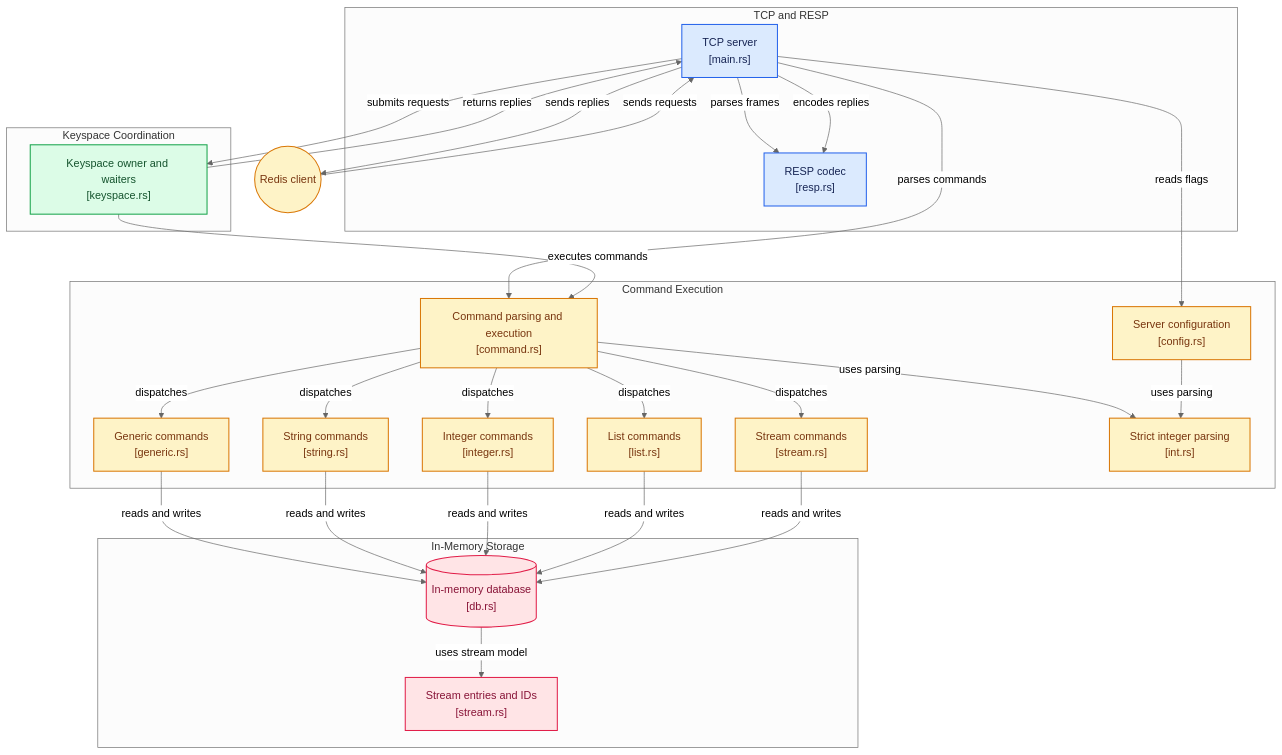
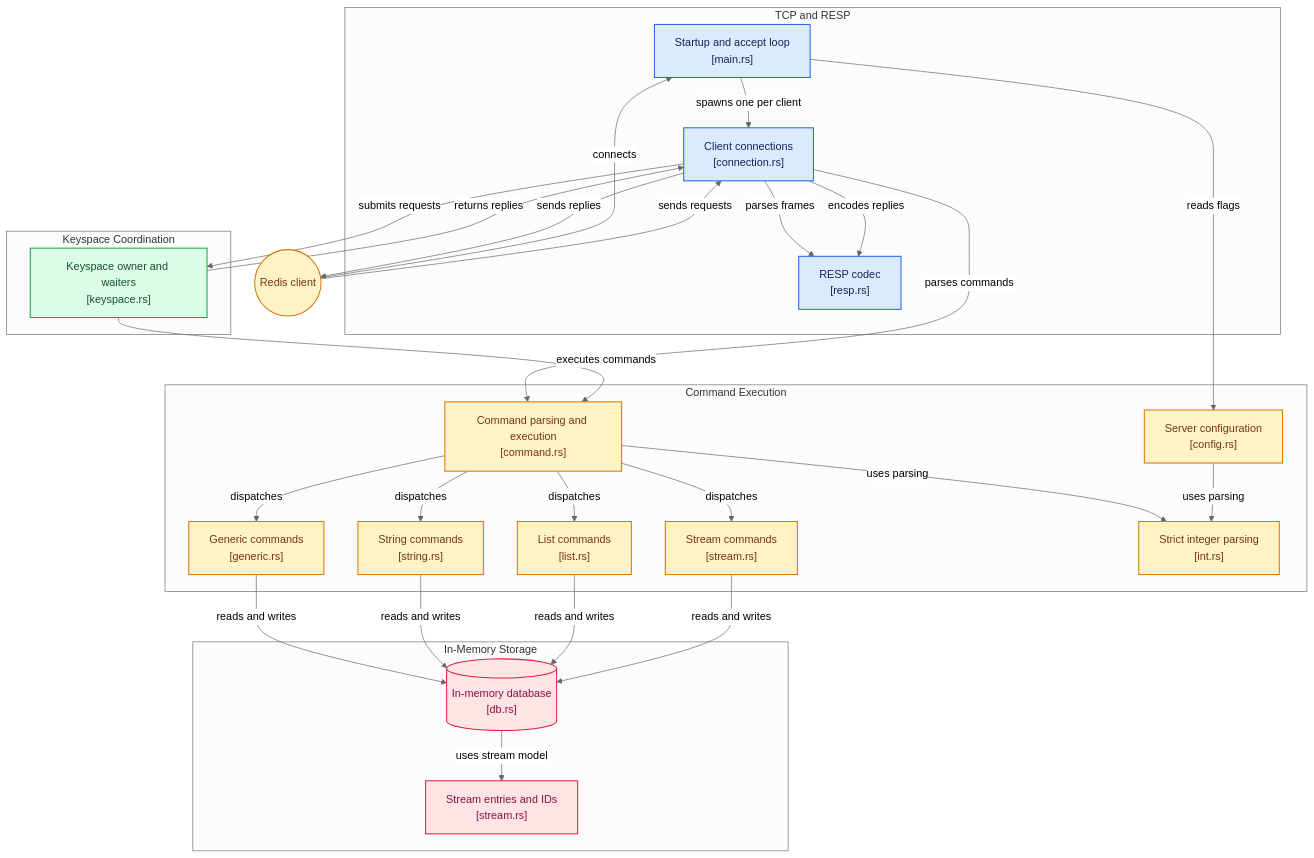
Before and after one commit to sdevanathan96/rusty-redis: the diagram in README.md, drawn with Mermaid (neutral theme). The commit also changed other lines of this file and 18 other files, not shown here.

Commit message:
Split main, db and command into modules; rename errors

````diff
--- a/README.md
+++ b/README.md
@@ -144,80 +144,80 @@
 ```mermaid
 %% Generated by https://gitdiagram.com/sdevanathan96/rusty-redis
 flowchart TD
 
 subgraph group_transport["TCP and RESP"]
-  node_server["TCP server<br/>[main.rs]"]
+  node_main["Startup and accept loop<br/>[main.rs]"]
+  node_server["Client connections<br/>[connection.rs]"]
   node_resp["RESP codec<br/>[resp.rs]"]
 end
 
 subgraph group_execution["Command Execution"]
   node_command["Command parsing and execution<br/>[command.rs]"]
   node_generic["Generic commands<br/>[generic.rs]"]
   node_strings["String commands<br/>[string.rs]"]
-  node_integers["Integer commands<br/>[integer.rs]"]
   node_lists["List commands<br/>[list.rs]"]
   node_streams["Stream commands<br/>[stream.rs]"]
   node_config["Server configuration<br/>[config.rs]"]
   node_integerparse["Strict integer parsing<br/>[int.rs]"]
 end
 
 subgraph group_coordination["Keyspace Coordination"]
   node_keyspace["Keyspace owner and waiters<br/>[keyspace.rs]"]
 end
 
 subgraph group_storage["In-Memory Storage"]
   node_db[("In-memory database<br/>[db.rs]")]
   node_streammodel["Stream entries and IDs<br/>[stream.rs]"]
 end
 
 node_client(("Redis client"))
 
+node_client -->|"connects"| node_main
+node_main -->|"spawns one per client"| node_server
 node_client -->|"sends requests"| node_server
 node_server -->|"parses frames"| node_resp
 node_server -->|"parses commands"| node_command
 node_server -->|"submits requests"| node_keyspace
-node_server -->|"reads flags"| node_config
+node_main -->|"reads flags"| node_config
 node_keyspace -->|"executes commands"| node_command
 node_command -->|"dispatches"| node_generic
 node_command -->|"dispatches"| node_strings
-node_command -->|"dispatches"| node_integers
 node_command -->|"dispatches"| node_lists
 node_command -->|"dispatches"| node_streams
 node_generic -->|"reads and writes"| node_db
 node_strings -->|"reads and writes"| node_db
-node_integers -->|"reads and writes"| node_db
 node_lists -->|"reads and writes"| node_db
 node_streams -->|"reads and writes"| node_db
 node_db -->|"uses stream model"| node_streammodel
 node_command -->|"uses parsing"| node_integerparse
 node_config -->|"uses parsing"| node_integerparse
 node_server -->|"encodes replies"| node_resp
 node_keyspace -->|"returns replies"| node_server
 node_server -->|"sends replies"| node_client
 
-click node_server "https://github.com/sdevanathan96/rusty-redis/blob/main/src/main.rs"
+click node_main "https://github.com/sdevanathan96/rusty-redis/blob/main/src/main.rs"
+click node_server "https://github.com/sdevanathan96/rusty-redis/blob/main/src/connection.rs"
 click node_resp "https://github.com/sdevanathan96/rusty-redis/blob/main/src/resp.rs"
 click node_command "https://github.com/sdevanathan96/rusty-redis/blob/main/src/command.rs"
 click node_generic "https://github.com/sdevanathan96/rusty-redis/blob/main/src/command/generic.rs"
 click node_strings "https://github.com/sdevanathan96/rusty-redis/blob/main/src/command/string.rs"
-click node_integers "https://github.com/sdevanathan96/rusty-redis/blob/main/src/command/integer.rs"
 click node_lists "https://github.com/sdevanathan96/rusty-redis/blob/main/src/command/list.rs"
 click node_streams "https://github.com/sdevanathan96/rusty-redis/blob/main/src/command/stream.rs"
 click node_keyspace "https://github.com/sdevanathan96/rusty-redis/blob/main/src/keyspace.rs"
 click node_db "https://github.com/sdevanathan96/rusty-redis/blob/main/src/db.rs"
 click node_streammodel "https://github.com/sdevanathan96/rusty-redis/blob/main/src/db/stream.rs"
 click node_config "https://github.com/sdevanathan96/rusty-redis/blob/main/src/config.rs"
 click node_integerparse "https://github.com/sdevanathan96/rusty-redis/blob/main/src/int.rs"
 
 classDef toneNeutral fill:#f8fafc,stroke:#334155,stroke-width:1.5px,color:#0f172a
 classDef toneBlue fill:#dbeafe,stroke:#2563eb,stroke-width:1.5px,color:#172554
 classDef toneAmber fill:#fef3c7,stroke:#d97706,stroke-width:1.5px,color:#78350f
 classDef toneMint fill:#dcfce7,stroke:#16a34a,stroke-width:1.5px,color:#14532d
 classDef toneRose fill:#ffe4e6,stroke:#e11d48,stroke-width:1.5px,color:#881337
 classDef toneIndigo fill:#e0e7ff,stroke:#4f46e5,stroke-width:1.5px,color:#312e81
 classDef toneTeal fill:#ccfbf1,stroke:#0f766e,stroke-width:1.5px,color:#134e4a
-class node_server,node_resp toneBlue
-class node_command,node_generic,node_strings,node_integers,node_lists,node_streams,node_config,node_integerparse,node_client toneAmber
+class node_main,node_server,node_resp toneBlue
+class node_command,node_generic,node_strings,node_lists,node_streams,node_config,node_integerparse,node_client toneAmber
 class node_keyspace toneMint
 class node_db,node_streammodel toneRose
 ```
````
